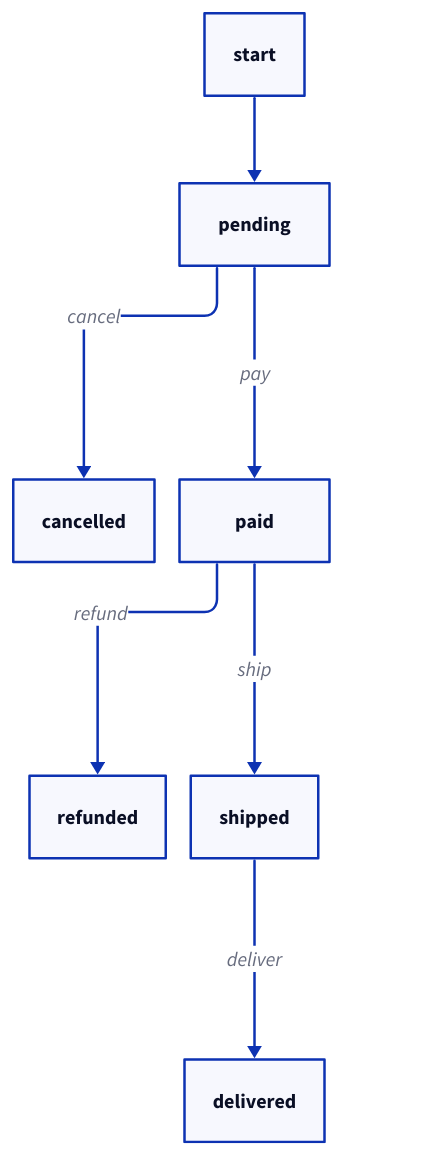
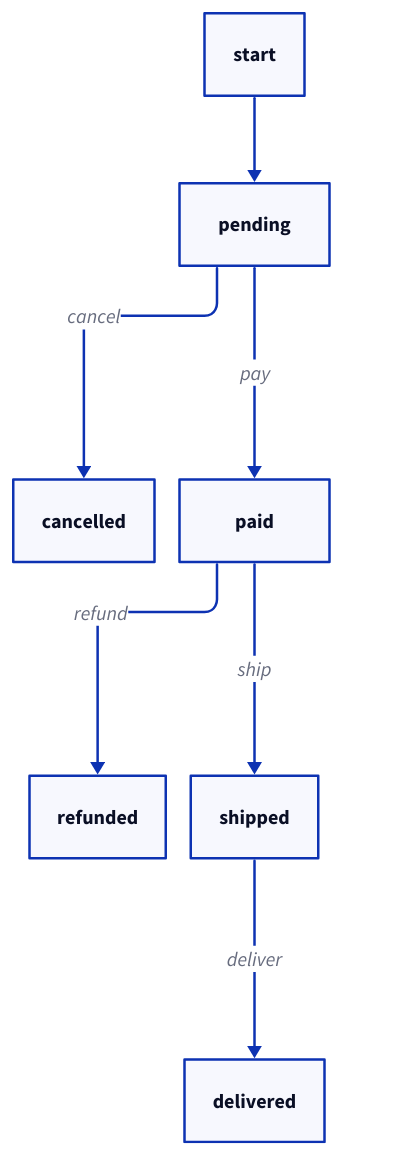
The second of 5 diagrams in d2-diagram/reference/layout.md (if212/code-examples), drawn with D2 before and after one commit. The commit also changed other lines of this file and 430 other files, not shown here.

First line of the commit message:
WIP: d2-diagram round-4 fix wave (FX1-FX5 landed)

````diff
--- a/d2-diagram/reference/layout.md
+++ b/d2-diagram/reference/layout.md
@@ -66,13 +77,14 @@
 ```d2
 vars: {d2-config: {layout-engine: elk; pad: 24}}
-classes: {ghost: {style.opacity: 0}}
+classes: {ghost: {width: 12; height: 66; style.opacity: 0}}
 start -> pending
 pending -> cancelled: cancel
 pending -> paid: pay
 pending -> g1: cancel {class: ghost}
 paid -> refunded: refund
 paid -> shipped: ship
 paid -> g2: refund {class: ghost}
 shipped -> delivered: deliver
-g1.class: ghost; g2.class: ghost
+g1: "" {class: ghost}
+g2: "" {class: ghost}
 ```
````
